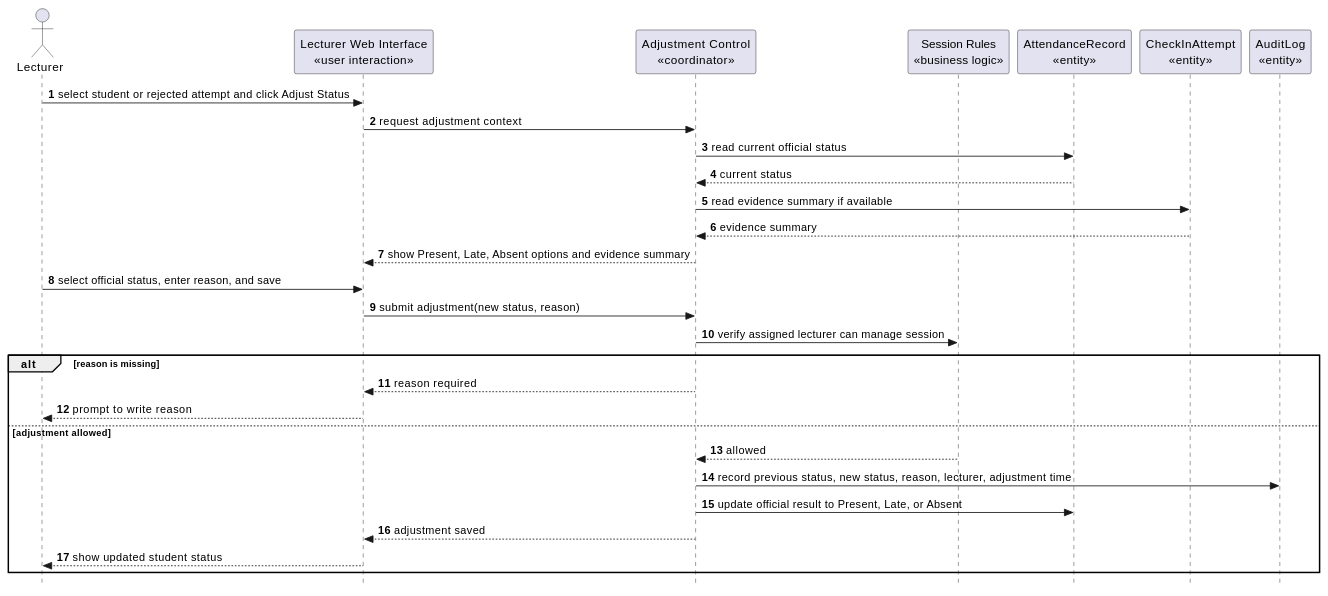
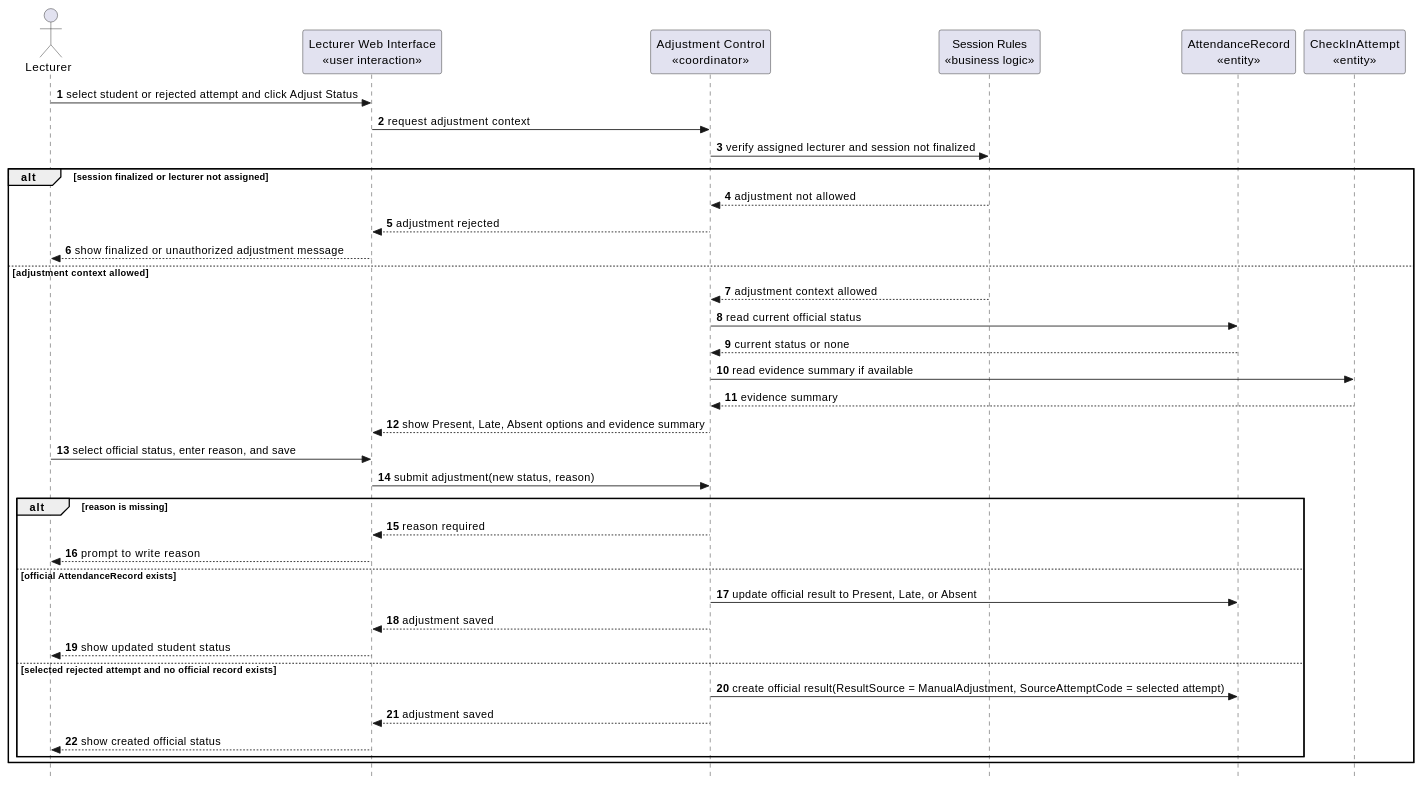
Diagram 19 of 29 in docs/sds/2_Analysis.md (nttung42/SWD392), drawn with PlantUML before and after one commit. The commit also changed other lines of this file and 5 other files, not shown here.

````diff
--- a/docs/sds/2_Analysis.md
+++ b/docs/sds/2_Analysis.md
@@ -966,35 +1022,44 @@
 ```plantuml
 @startuml
 skinparam style strictuml
 autonumber
 actor "Lecturer" as Lecturer
 participant "Lecturer Web Interface\n«user interaction»" as LecturerUI
 participant "Adjustment Control\n«coordinator»" as AdjustmentControl
 participant "Session Rules\n«business logic»" as SessionRules
 participant "AttendanceRecord\n«entity»" as AttendanceRecord
 participant "CheckInAttempt\n«entity»" as CheckInAttempt
-participant "AuditLog\n«entity»" as AuditLog
 
 Lecturer -> LecturerUI : select student or rejected attempt and click Adjust Status
 LecturerUI -> AdjustmentControl : request adjustment context
-AdjustmentControl -> AttendanceRecord : read current official status
-AttendanceRecord --> AdjustmentControl : current status
-AdjustmentControl -> CheckInAttempt : read evidence summary if available
-CheckInAttempt --> AdjustmentControl : evidence summary
-AdjustmentControl --> LecturerUI : show Present, Late, Absent options and evidence summary
-Lecturer -> LecturerUI : select official status, enter reason, and save
-LecturerUI -> AdjustmentControl : submit adjustment(new status, reason)
-AdjustmentControl -> SessionRules : verify assigned lecturer can manage session
+AdjustmentControl -> SessionRules : verify assigned lecturer and session not finalized
 
-alt reason is missing
-  AdjustmentControl --> LecturerUI : reason required
-  LecturerUI --> Lecturer : prompt to write reason
-else adjustment allowed
-  SessionRules --> AdjustmentControl : allowed
-  AdjustmentControl -> AuditLog : record previous status, new status, reason, lecturer, adjustment time
-  AdjustmentControl -> AttendanceRecord : update official result to Present, Late, or Absent
-  AdjustmentControl --> LecturerUI : adjustment saved
-  LecturerUI --> Lecturer : show updated student status
+alt session finalized or lecturer not assigned
+  SessionRules --> AdjustmentControl : adjustment not allowed
+  AdjustmentControl --> LecturerUI : adjustment rejected
+  LecturerUI --> Lecturer : show finalized or unauthorized adjustment message
+else adjustment context allowed
+  SessionRules --> AdjustmentControl : adjustment context allowed
+  AdjustmentControl -> AttendanceRecord : read current official status
+  AttendanceRecord --> AdjustmentControl : current status or none
+  AdjustmentControl -> CheckInAttempt : read evidence summary if available
+  CheckInAttempt --> AdjustmentControl : evidence summary
+  AdjustmentControl --> LecturerUI : show Present, Late, Absent options and evidence summary
+  Lecturer -> LecturerUI : select official status, enter reason, and save
+  LecturerUI -> AdjustmentControl : submit adjustment(new status, reason)
+
+  alt reason is missing
+    AdjustmentControl --> LecturerUI : reason required
+    LecturerUI --> Lecturer : prompt to write reason
+  else official AttendanceRecord exists
+    AdjustmentControl -> AttendanceRecord : update official result to Present, Late, or Absent
+    AdjustmentControl --> LecturerUI : adjustment saved
+    LecturerUI --> Lecturer : show updated student status
+  else selected rejected attempt and no official record exists
+    AdjustmentControl -> AttendanceRecord : create official result(ResultSource = ManualAdjustment, SourceAttemptCode = selected attempt)
+    AdjustmentControl --> LecturerUI : adjustment saved
+    LecturerUI --> Lecturer : show created official status
+  end
 end
 @enduml
 ```
````
